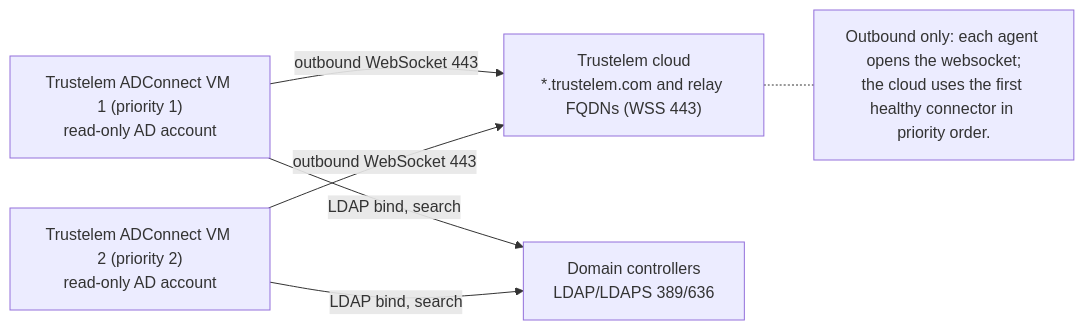
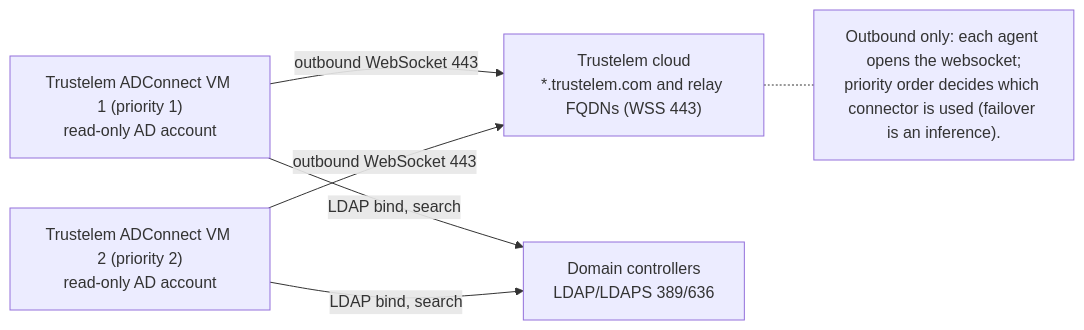
Before and after one commit to morandeirachema/Trustelem-: the diagram in docs/trustelem/02-directory-sync-adconnect.md, drawn with Mermaid. The commit also changed other lines of this file and 20 other files, not shown here.

````diff
--- a/docs/trustelem/02-directory-sync-adconnect.md
+++ b/docs/trustelem/02-directory-sync-adconnect.md
@@ -16,13 +16,13 @@
 ```mermaid
 flowchart LR
     CLOUD["Trustelem cloud<br/>*.trustelem.com and relay FQDNs (WSS 443)"]
     A1["Trustelem ADConnect VM 1 (priority 1)<br/>read-only AD account"]
     A2["Trustelem ADConnect VM 2 (priority 2)<br/>read-only AD account"]
     DC["Domain controllers<br/>LDAP/LDAPS 389/636"]
     A1 -->|outbound WebSocket 443| CLOUD
     A2 -->|outbound WebSocket 443| CLOUD
     A1 -->|LDAP bind, search| DC
     A2 -->|LDAP bind, search| DC
-    NOTE["Outbound only: each agent opens the websocket;<br/>the cloud uses the first healthy connector in priority order."]
+    NOTE["Outbound only: each agent opens the websocket;<br/>priority order decides which connector is used (failover is an inference)."]
     CLOUD -.- NOTE
 ```
````
